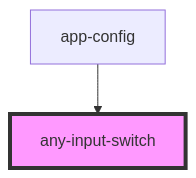
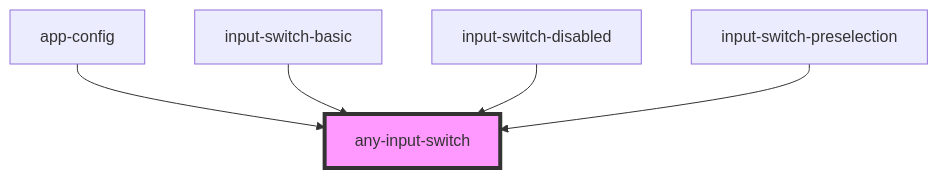
The diagram in packages/core/src/components/input-switch/readme.md (adaleks/anywhere-ui), drawn with Mermaid before and after one commit. The commit also changed other lines of this file and 39 other files, not shown here.

Commit message:
Implemented showcase doc for input-switch component

````diff
--- a/packages/core/src/components/input-switch/readme.md
+++ b/packages/core/src/components/input-switch/readme.md
@@ -41,5 +67,8 @@
 ```mermaid
 graph TD;
   app-config --> any-input-switch
+  input-switch-basic --> any-input-switch
+  input-switch-disabled --> any-input-switch
+  input-switch-preselection --> any-input-switch
   style any-input-switch fill:#f9f,stroke:#333,stroke-width:4px
 ```
````
